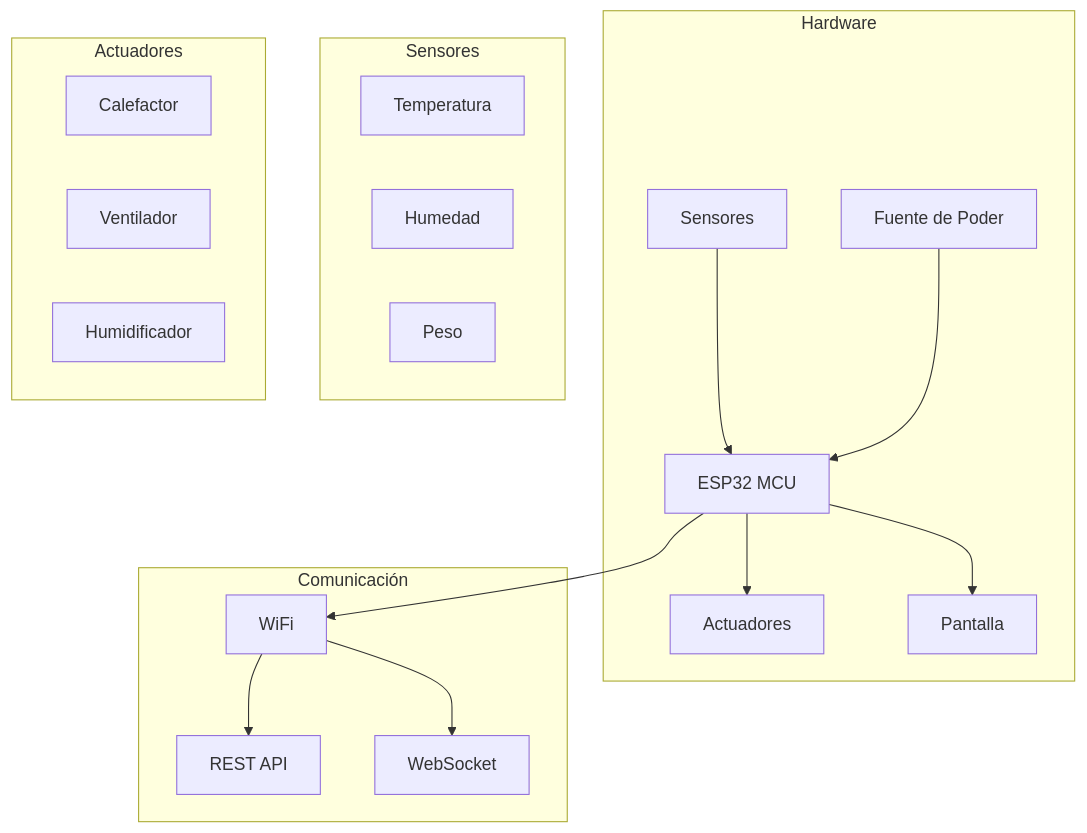
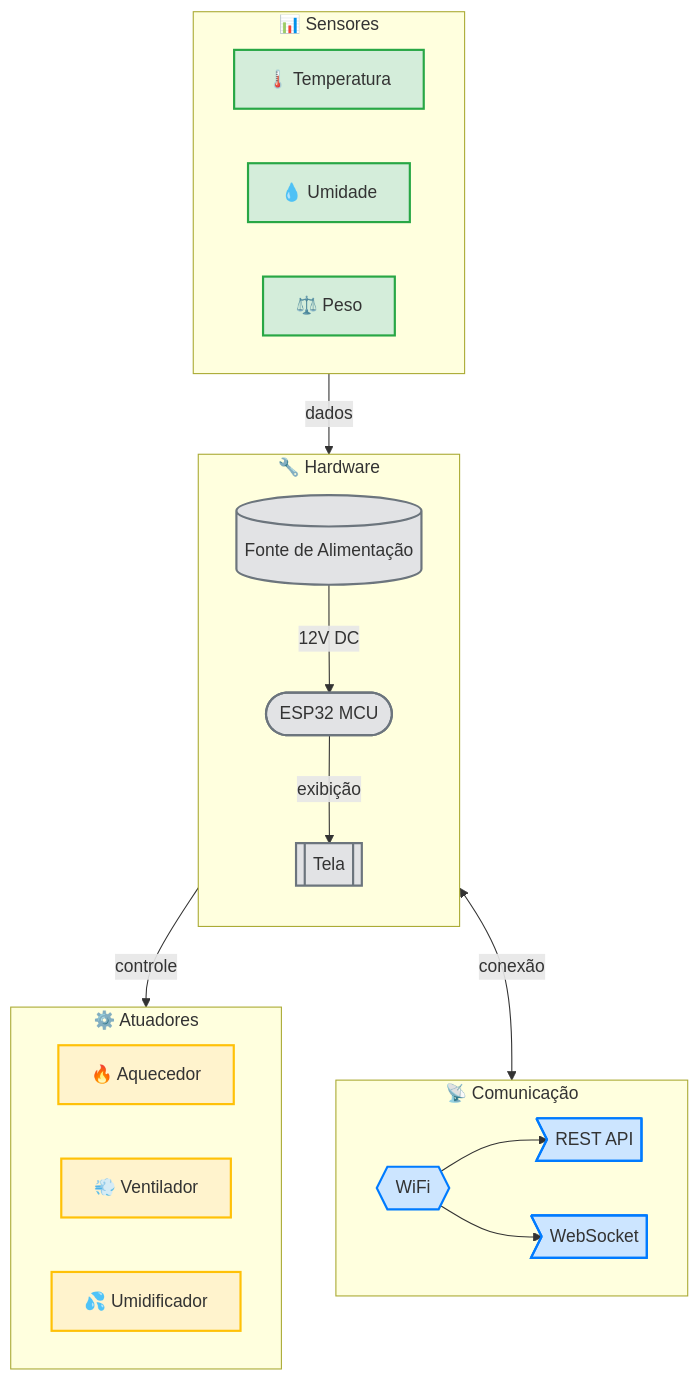
One commit to medicalopenworld/IncuNest-Docs changed the diagram in docs/i18n/pt/docusaurus-plugin-content-docs/version-14.12/intro.md. Above: the diagram before and after it, drawn with Mermaid. The commit also changed 5 other files, not shown here.

Commit message:
Update French, Portuguese, and versioned docs with beautiful mermaid diagrams

````diff
--- a/docs/i18n/pt/docusaurus-plugin-content-docs/version-14.12/intro.md
+++ b/docs/i18n/pt/docusaurus-plugin-content-docs/version-14.12/intro.md
@@ -70,36 +70,48 @@
 ```mermaid
-flowchart TB
-    subgraph Hardware
-        ESP32[ESP32 MCU]
-        SENSORS[Sensores]
-        ACTUATORS[Actuadores]
-        DISPLAY[Pantalla]
-        POWER[Fuente de Poder]
+graph TB
+    subgraph HW [🔧 Hardware]
+        direction TB
+        ESP32([ESP32 MCU])
+        DISPLAY[[Tela]]
+        POWER[(Fonte de Alimentação)]
     end
     
-    subgraph Sensores
-        TEMP[Temperatura]
-        HUM[Humedad]
-        WEIGHT[Peso]
+    subgraph SENS [📊 Sensores]
+        direction LR
+        TEMP[🌡️ Temperatura]
+        HUM[💧 Umidade]
+        WEIGHT[⚖️ Peso]
     end
     
-    subgraph Actuadores
-        HEATER[Calefactor]
-        FAN[Ventilador]
-        HUMIDIFIER[Humidificador]
+    subgraph ACT [⚙️ Atuadores]
+        direction LR
+        HEATER[🔥 Aquecedor]
+        FAN[💨 Ventilador]
+        HUMIDIFIER[💦 Umidificador]
     end
     
-    subgraph Comunicación
-        WIFI[WiFi]
-        API[REST API]
-        WS[WebSocket]
+    subgraph COMM [📡 Comunicação]
+        direction LR
+        WIFI{{WiFi}}
+        API>REST API]
+        WS>WebSocket]
     end
     
-    SENSORS --> ESP32
-    ESP32 --> ACTUATORS
-    ESP32 --> DISPLAY
-    POWER --> ESP32
-    ESP32 --> WIFI
+    POWER -->|12V DC| ESP32
+    SENS -->|dados| ESP32
+    ESP32 -->|controle| ACT
+    ESP32 -->|exibição| DISPLAY
+    ESP32 <-->|conexão| WIFI
     WIFI --> API
     WIFI --> WS
+    
+    classDef sensors fill:#d4edda,stroke:#28a745,stroke-width:2px
+    classDef actuators fill:#fff3cd,stroke:#ffc107,stroke-width:2px
+    classDef comm fill:#cce5ff,stroke:#007bff,stroke-width:2px
+    classDef core fill:#e2e3e5,stroke:#6c757d,stroke-width:2px
+    
+    class TEMP,HUM,WEIGHT sensors
+    class HEATER,FAN,HUMIDIFIER actuators
+    class WIFI,API,WS comm
+    class ESP32,DISPLAY,POWER core
 ```
````
